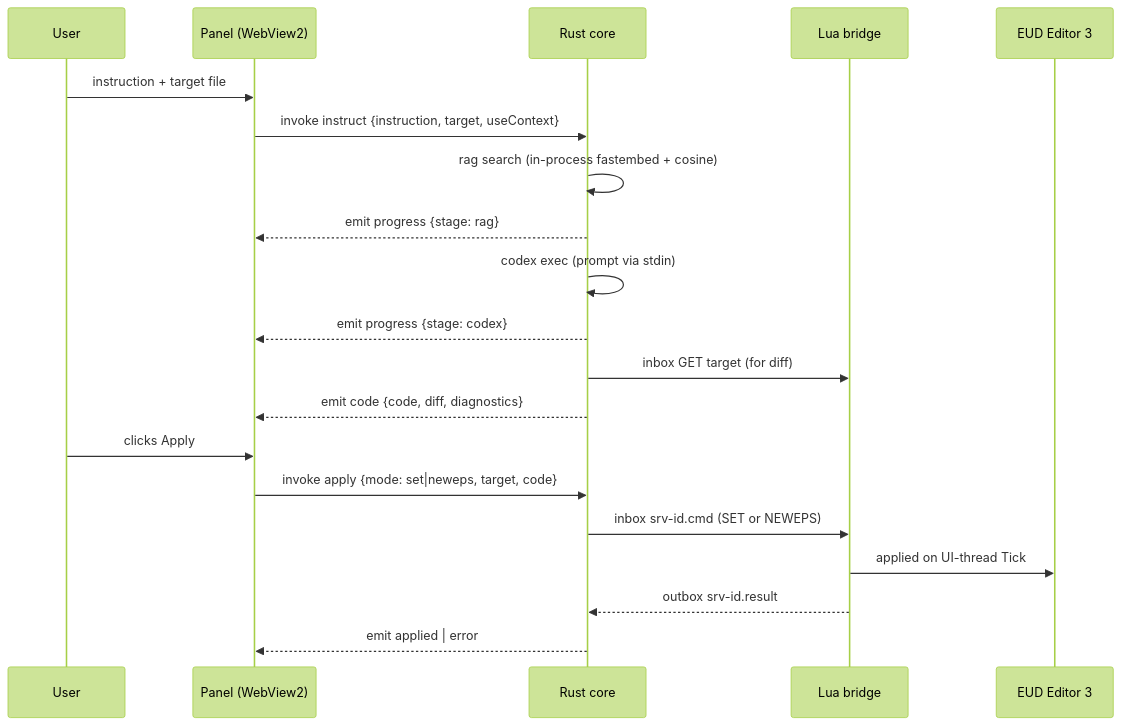
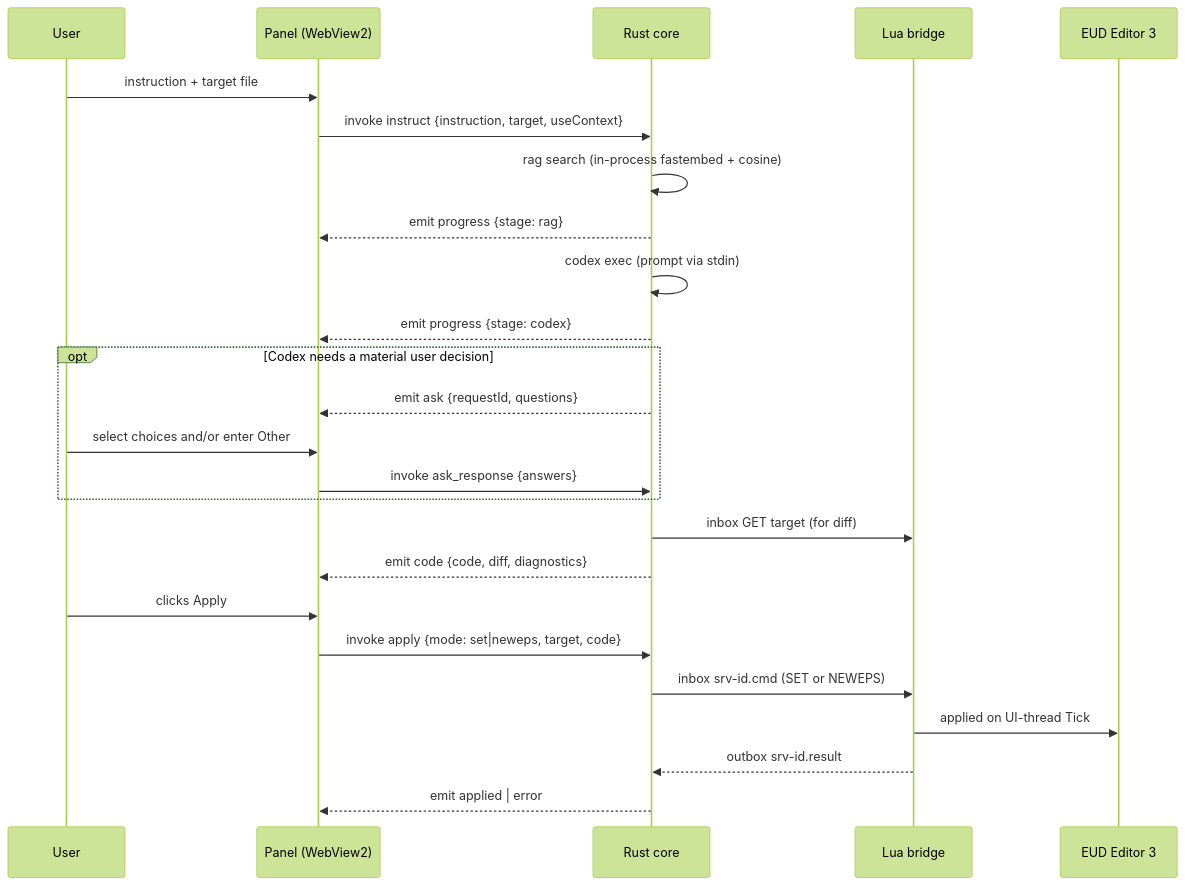
Before and after one commit to raravel/eud-agent: the second of 3 diagrams in hivemind/docs/architecture.md, drawn with Mermaid (forest theme). The commit also changed other lines of this file and 33 other files, not shown here.

Commit message:
feat(agent): add interactive ask and Mermaid diagrams

````diff
--- a/hivemind/docs/architecture.md
+++ b/hivemind/docs/architecture.md
@@ -68,22 +68,27 @@
 ```mermaid
 sequenceDiagram
     participant U as User
     participant P as Panel (WebView2)
     participant C as Rust core
     participant L as Lua bridge
     participant E as EUD Editor 3
     U->>P: instruction + target file
     P->>C: invoke instruct {instruction, target, useContext}
     C->>C: rag search (in-process fastembed + cosine)
     C-->>P: emit progress {stage: rag}
     C->>C: codex exec (prompt via stdin)
     C-->>P: emit progress {stage: codex}
+    opt Codex needs a material user decision
+        C-->>P: emit ask {requestId, questions}
+        U->>P: select choices and/or enter Other
+        P->>C: invoke ask_response {answers}
+    end
     C->>L: inbox GET target (for diff)
     C-->>P: emit code {code, diff, diagnostics}
     U->>P: clicks Apply
     P->>C: invoke apply {mode: set|neweps, target, code}
     C->>L: inbox srv-id.cmd (SET or NEWEPS)
     L->>E: applied on UI-thread Tick
     L-->>C: outbox srv-id.result
     C-->>P: emit applied | error
 ```
````
